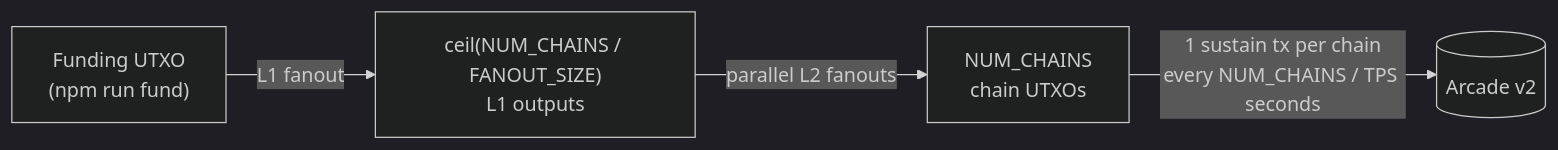
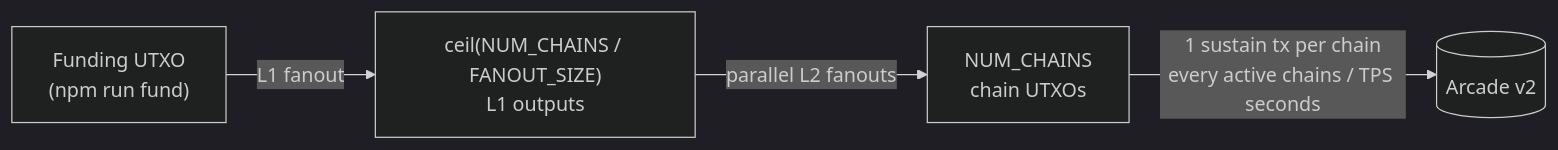
One commit to bsv-blockchain/tx-gen changed the diagram in README.md. Above: the diagram before and after it, drawn with Mermaid (dark theme). The commit also changed other lines of this file and 7 other files, not shown here.

````diff
--- a/README.md
+++ b/README.md
@@ -115,6 +115,6 @@
 ```mermaid
 flowchart LR
     F["Funding UTXO<br/>(npm run fund)"] -->|"L1 fanout"| L1["ceil(NUM_CHAINS / FANOUT_SIZE)<br/>L1 outputs"]
     L1 -->|"parallel L2 fanouts"| C["NUM_CHAINS<br/>chain UTXOs"]
-    C -->|"1 sustain tx per chain<br/>every NUM_CHAINS / TPS seconds"| A[("Arcade v2")]
+    C -->|"1 sustain tx per chain<br/>every active chains / TPS seconds"| A[("Arcade v2")]
 ```
````
